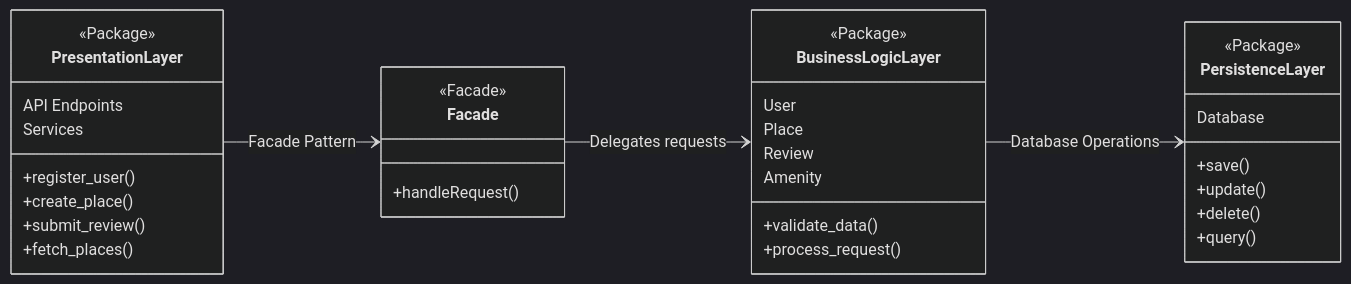
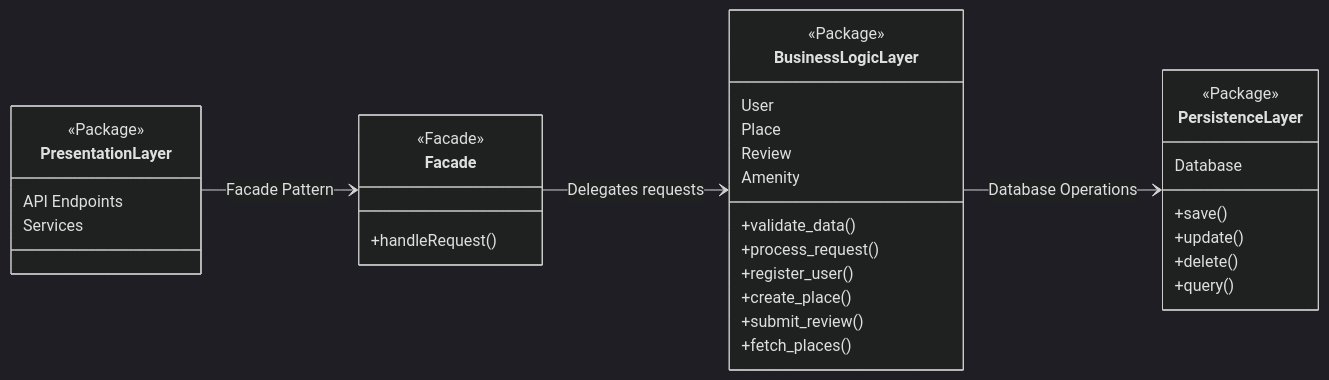
The diagram in docs_and_architecture/README.md (anonyd0go/holbertonschool-hbnb), drawn with Mermaid (dark theme) before and after one commit. The commit also changed other lines of this file, not shown here.

Commit message:
Update README.md for docs and architecture

````diff
--- a/docs_and_architecture/README.md
+++ b/docs_and_architecture/README.md
@@ -15,47 +15,47 @@
 ```mermaid
 classDiagram
     direction LR
 
     %% Presentation Layer Package
     class PresentationLayer {
         <<Package>>
         API Endpoints
         Services
-        +register_user()
-        +create_place()
-        +submit_review()
-        +fetch_places()
     }
 
     %% Facade Component within the Business Logic context
     class Facade {
         <<Facade>>
         +handleRequest()
     }
 
     %% Business Logic Layer Package
     class BusinessLogicLayer {
         <<Package>>
         User
         Place
         Review
         Amenity
         +validate_data()
         +process_request()
+        +register_user()
+        +create_place()
+        +submit_review()
+        +fetch_places()
     }
 
     %% Persistence Layer Package
     class PersistenceLayer {
         <<Package>>
         Database
         +save()
         +update()
         +delete()
         +query()
     }
 
     %% Relationships indicating communication pathways
     PresentationLayer --> Facade : Facade Pattern
     Facade --> BusinessLogicLayer : Delegates requests
     BusinessLogicLayer --> PersistenceLayer : Database Operations
 ```
````
